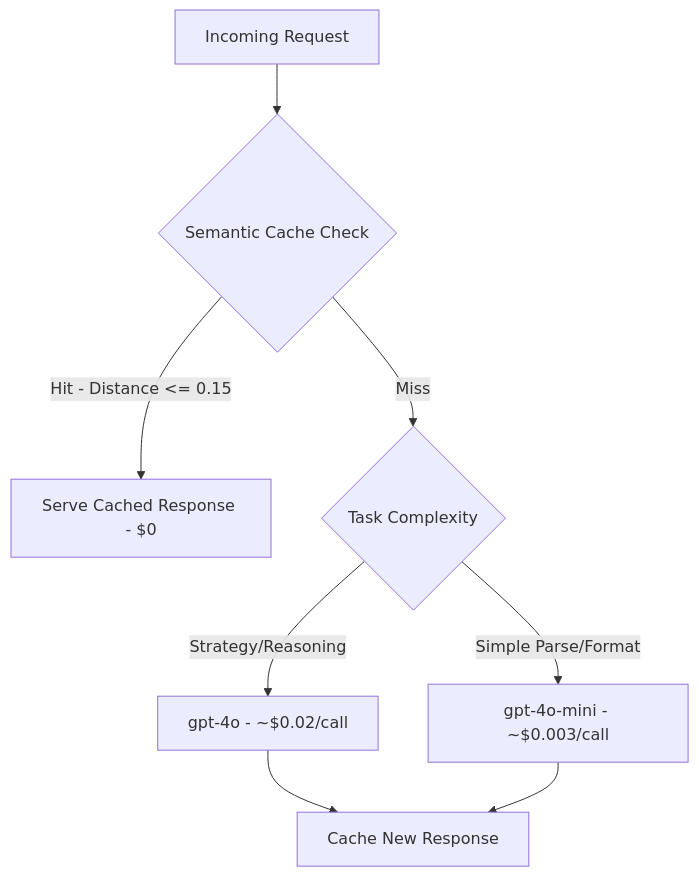
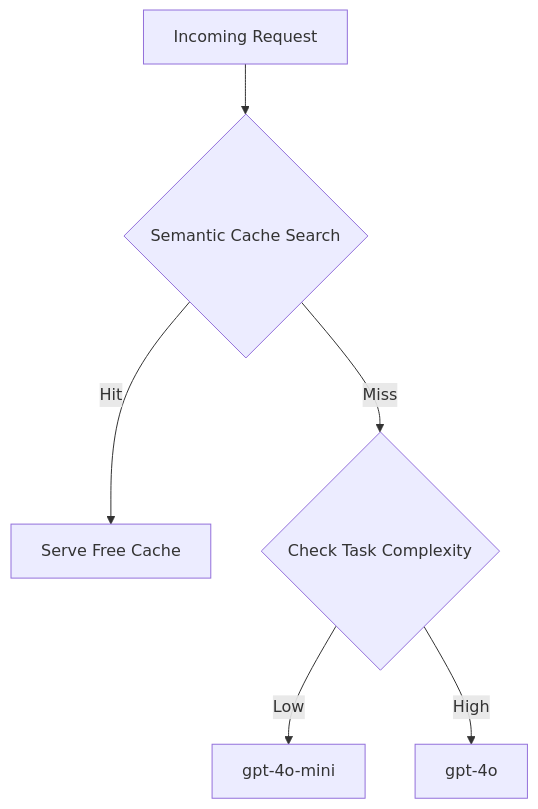
Diagram 14 of 21 in docs/Nimblize_Future_Implementation_Roadmap.md (ruthvikgoud16/Nimblize-demo), drawn with Mermaid before and after one commit. The commit also changed other lines of this file and 1 other file, not shown here.

Commit message:
Improve future implementation roadmap report design

````diff
--- a/docs/Nimblize_Future_Implementation_Roadmap.md
+++ b/docs/Nimblize_Future_Implementation_Roadmap.md
@@ -691,10 +557,8 @@
 ```mermaid
 graph TD
-    Request[Incoming Request] --> Cache{Semantic Cache Check}
-    Cache -->|Hit - Distance <= 0.15| Free[Serve Cached Response - $0]
-    Cache -->|Miss| Route{Task Complexity}
-    Route -->|Simple Parse/Format| Mini[gpt-4o-mini - ~$0.003/call]
-    Route -->|Strategy/Reasoning| Full[gpt-4o - ~$0.02/call]
-    Full --> Store[Cache New Response]
-    Mini --> Store
+    Request[Incoming Request] --> CacheCheck{Semantic Cache Search}
+    CacheCheck -->|Hit| CacheServe[Serve Free Cache]
+    CacheCheck -->|Miss| Routing{Check Task Complexity}
+    Routing -->|Low| Mini[gpt-4o-mini]
+    Routing -->|High| Full[gpt-4o]
 ```
````
